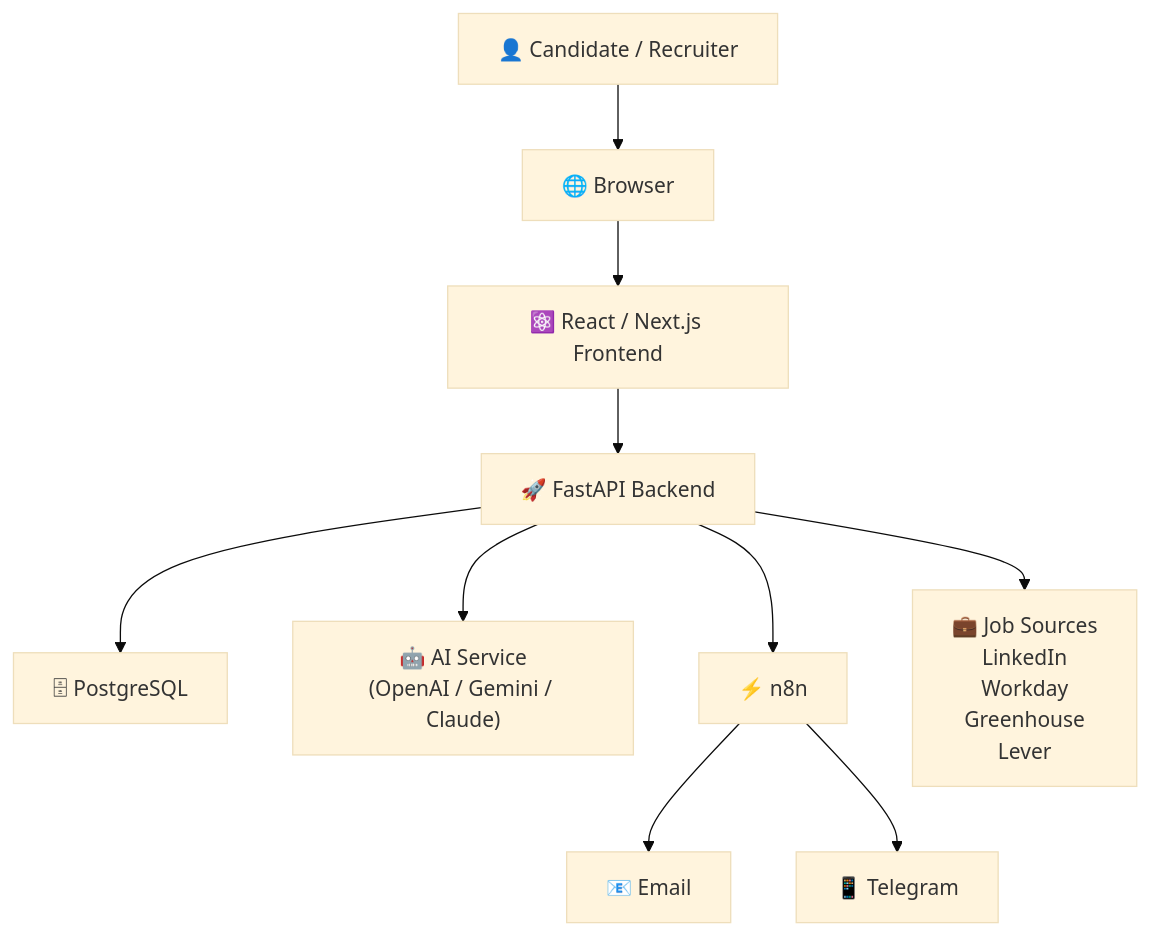
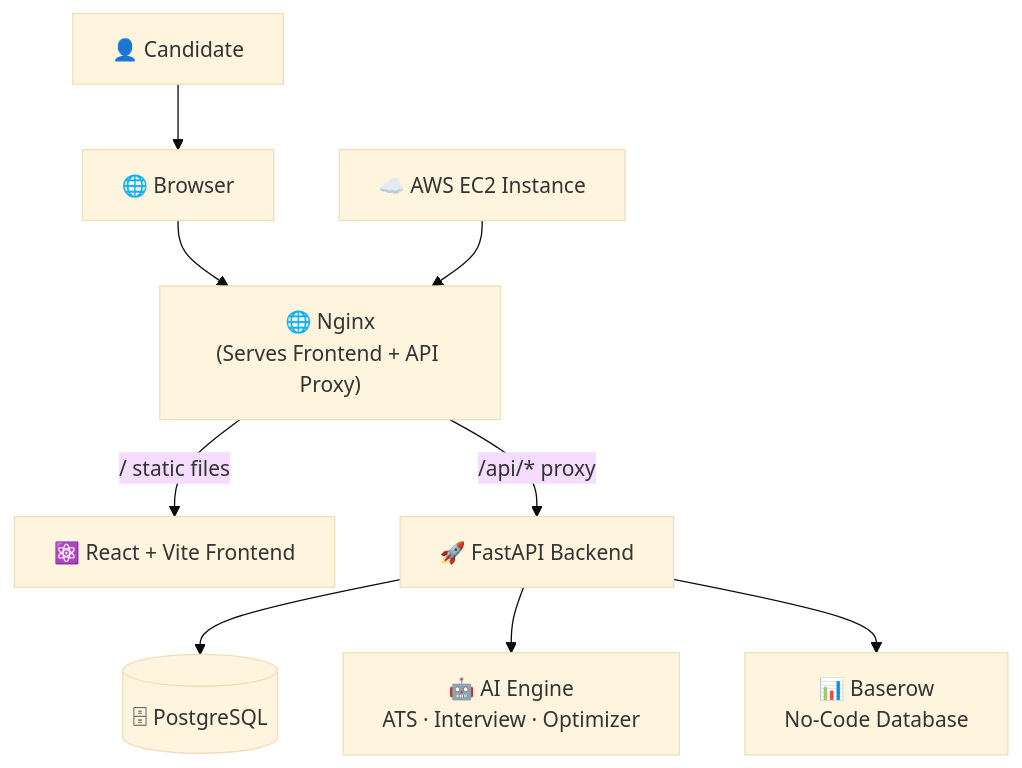
The diagram in docs/diagrams/02-container-diagram.md (kmrgautam18-alt/career-ops-v2), drawn with Mermaid (base theme) before and after one commit. The commit also changed other lines of this file and 6 other files, not shown here.

First line of the commit message:
docs: update diagrams to reflect current project state

````diff
--- a/docs/diagrams/02-container-diagram.md
+++ b/docs/diagrams/02-container-diagram.md
@@ -17,46 +17,25 @@
 ```mermaid
 flowchart TD
 
-    User["👤 Candidate / Recruiter"]
-
+    User["👤 Candidate"]
     Browser["🌐 Browser"]
-
-    Frontend["⚛️ React / Next.js Frontend"]
-
+    Nginx["🌐 Nginx
+(Serves Frontend + API Proxy)"]
+    Frontend["⚛️ React + Vite Frontend"]
     Backend["🚀 FastAPI Backend"]
-
-    Database["🗄 PostgreSQL"]
-
-    AI["🤖 AI Service
-(OpenAI / Gemini / Claude)"]
-
-    Automation["⚡ n8n"]
-
-    Email["📧 Email"]
-
-    Telegram["📱 Telegram"]
-
-    JobSources["💼 Job Sources
-LinkedIn
-Workday
-Greenhouse
-Lever"]
+    Database[(🗄 PostgreSQL)]
+    AI["🤖 AI Engine
+ATS · Interview · Optimizer"]
+    Baserow["📊 Baserow
+No-Code Database"]
+    EC2["☁️ AWS EC2 Instance"]
 
     User --> Browser
-
-    Browser --> Frontend
-
-    Frontend --> Backend
-
+    Browser --> Nginx
+    Nginx -->|"/" static files| Frontend
+    Nginx -->|"/api/*" proxy| Backend
     Backend --> Database
-
     Backend --> AI
-
-    Backend --> Automation
-
-    Backend --> JobSources
-
-    Automation --> Email
-
-    Automation --> Telegram
+    Backend --> Baserow
+    EC2 --> Nginx
 ```
````
